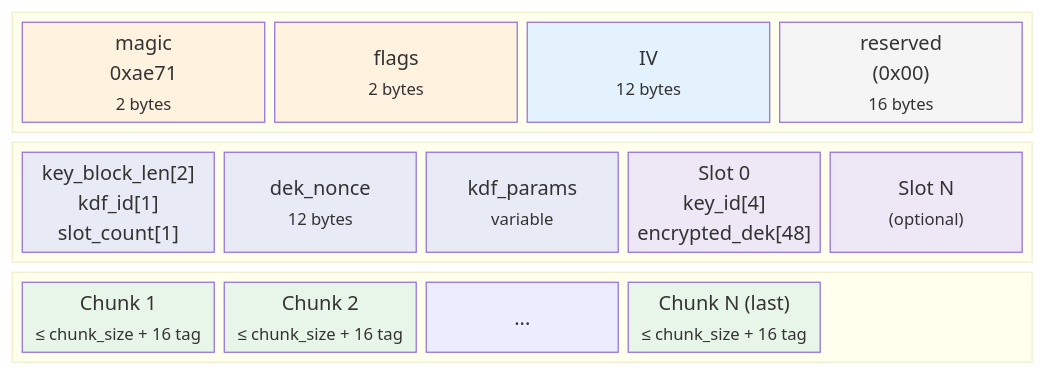
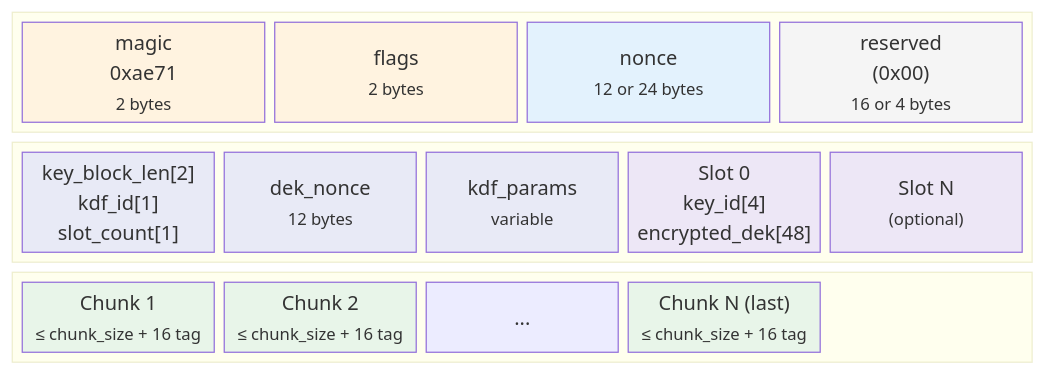
The second of 2 diagrams in docs/arch/encryption.md (taskie/tome), drawn with Mermaid before and after one commit. The commit also changed other lines of this file and 5 other files, not shown here.

````diff
--- a/docs/arch/encryption.md
+++ b/docs/arch/encryption.md
@@ -46,41 +46,41 @@
 ```mermaid
 block-beta
     columns 5
 
     block:header:5
         magic["magic<br/>0xae71<br/><small>2 bytes</small>"]
         flags["flags<br/><small>2 bytes</small>"]
-        iv["IV<br/><small>12 bytes</small>"]
-        reserved["reserved<br/>(0x00)<br/><small>16 bytes</small>"]
+        iv["nonce<br/><small>12 or 24 bytes</small>"]
+        reserved["reserved<br/>(0x00)<br/><small>16 or 4 bytes</small>"]
     end
 
     block:keyblock:5
         kbhdr["key_block_len[2]<br/>kdf_id[1]<br/>slot_count[1]"]
         deknonce["dek_nonce<br/><small>12 bytes</small>"]
         kdfparams["kdf_params<br/><small>variable</small>"]
         slot0["Slot 0<br/>key_id[4]<br/>encrypted_dek[48]"]
         slotN["Slot N<br/><small>(optional)</small>"]
     end
 
     block:body:5
         chunk1["Chunk 1<br/><small>≤ chunk_size + 16 tag</small>"]
         chunk2["Chunk 2<br/><small>≤ chunk_size + 16 tag</small>"]
         dots["..."]
         chunkN["Chunk N (last)<br/><small>≤ chunk_size + 16 tag</small>"]
         space3[" "]
     end
 
     style magic fill:#fff3e0
     style flags fill:#fff3e0
     style iv fill:#e3f2fd
     style reserved fill:#f5f5f5
     style kbhdr fill:#e8eaf6
     style deknonce fill:#e8eaf6
     style kdfparams fill:#e8eaf6
     style slot0 fill:#ede7f6
     style slotN fill:#ede7f6
     style chunk1 fill:#e8f5e9
     style chunk2 fill:#e8f5e9
     style chunkN fill:#e8f5e9
     style space3 fill:transparent,stroke:transparent
 ```
````
